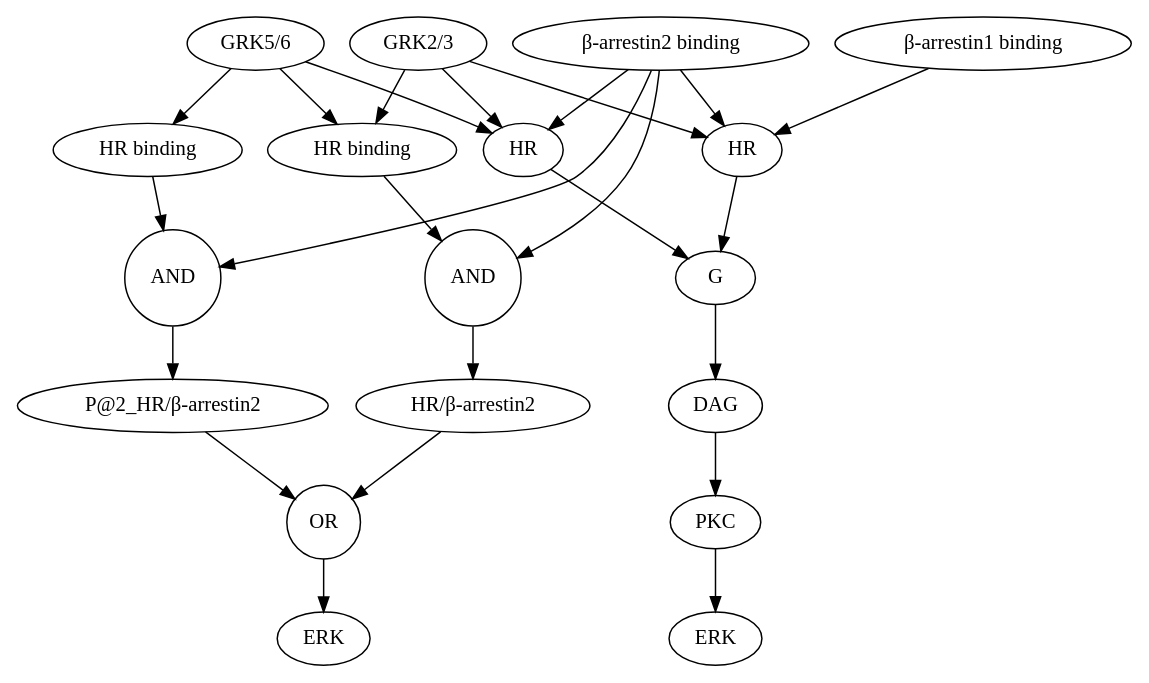
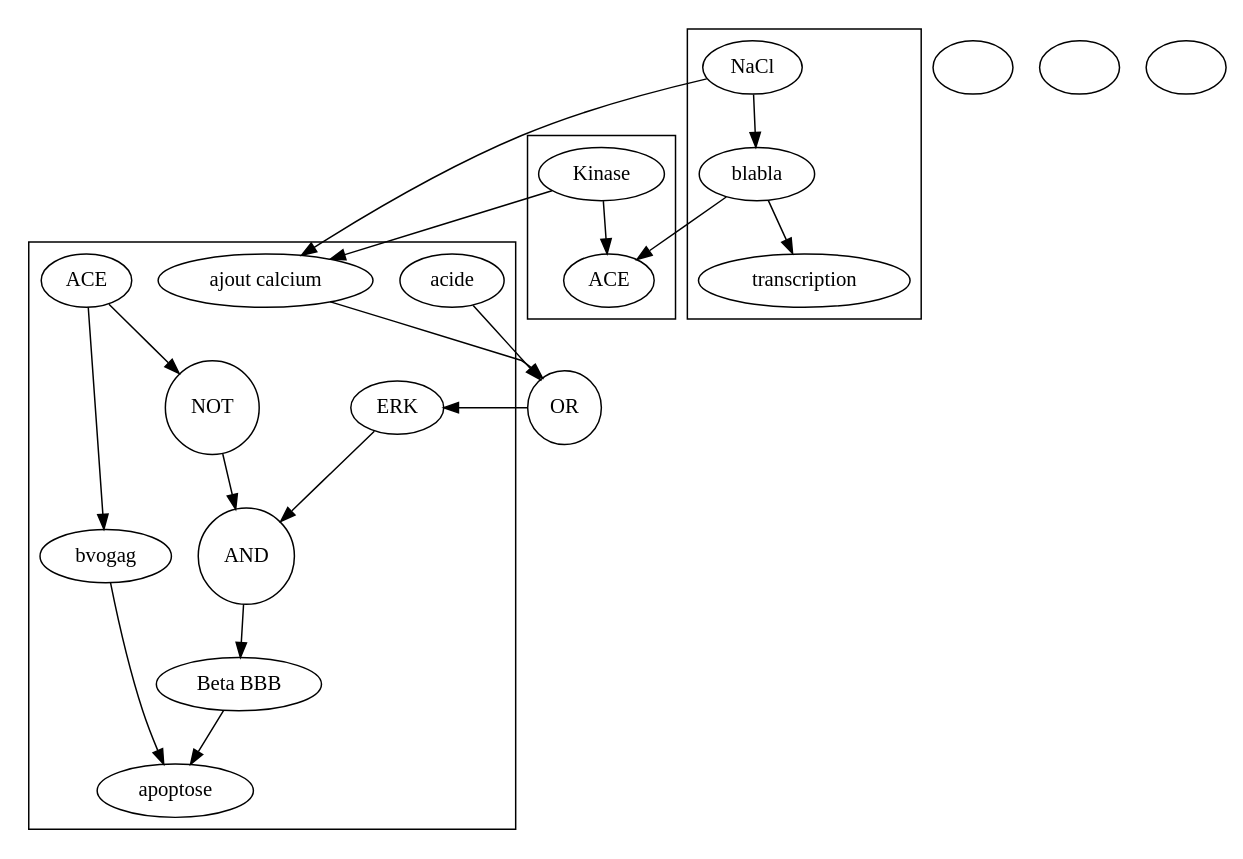
One commit to eleagreugny/LRI changed the diagram in position_graph.gv. Above: the diagram before and after it, drawn with Graphviz. The commit also changed 4 other files, not shown here.

```diff
--- a/position_graph.gv
+++ b/position_graph.gv
@@ -1,43 +1,42 @@
 digraph G {
-	glyph1 [label=ERK]
-	glyph2 [label=ERK]
-	glyph3 [label=HR]
-	glyph4 [label=G]
-	glyph5 [label=DAG]
-	glyph6 [label=PKC]
-	glyph7 [label=HR]
-	glyph8 [label="GRK2/3"]
-	glyph9 [label="GRK5/6"]
-	glyph10 [label="HR binding"]
-	glyph11 [label="β-arrestin2 binding"]
-	glyph12 [label="HR binding"]
-	glyph13 [label="β-arrestin1 binding"]
-	glyph14 [label="P@2_HR/β-arrestin2"]
-	glyph15 [label="HR/β-arrestin2"]
-	glyph16 [label=AND shape=circle]
-	glyph17 [label=AND shape=circle]
-	glyph18 [label=OR shape=circle]
-		glyph16 -> glyph14 [tailclip=true]
+	subgraph cluster_0 {
+		glyph13 [label=Kinase]
+		glyph14 [label=ACE]
+	}
+	subgraph cluster_1 {
+		glyph5 [label=ERK]
+		glyph6 [label=acide]
+		glyph9 [label="Beta BBB"]
+		glyph10 [label=apoptose]
+		glyph11 [label=ACE]
+		glyph12 [label=bvogag]
+		glyph18 [label="ajout calcium"]
+		glyph4 [label=NOT shape=circle]
+		glyph8 [label=AND shape=circle]
+	}
+	subgraph cluster_2 {
+		glyph15 [label=blabla]
+		glyph16 [label=transcription]
+		glyph17 [label=NaCl]
+	}
+	glyph1 [label=""]
+	glyph2 [label=""]
+	glyph3 [label=""]
+	glyph7 [label=OR shape=circle]
+		glyph7 -> glyph5 [tailclip=true]
+		glyph9 -> glyph10 [tailclip=true]
+		glyph11 -> glyph4 [tailclip=true]
+		glyph4 -> glyph8 [tailclip=true]
+		glyph5 -> glyph8 [tailclip=true]
+		glyph18 -> glyph7 [tailclip=true]
+		glyph6 -> glyph7 [tailclip=true]
+		glyph8 -> glyph9 [tailclip=true]
+		glyph12 -> glyph10 [tailclip=true]
+		glyph11 -> glyph12 [tailclip=true]
+		glyph13 -> glyph18 [tailclip=true]
+		glyph13 -> glyph14 [tailclip=true]
+		glyph15 -> glyph14 [tailclip=true]
 		glyph17 -> glyph15 [tailclip=true]
-		glyph11 -> glyph3 [tailclip=true]
-		glyph13 -> glyph7 [tailclip=true]
-		glyph11 -> glyph7 [tailclip=true]
-		glyph3 -> glyph4 [tailclip=true]
-		glyph4 -> glyph5 [tailclip=true]
-		glyph5 -> glyph6 [tailclip=true]
-		glyph6 -> glyph2 [tailclip=true]
-		glyph7 -> glyph4 [tailclip=true]
-		glyph8 -> glyph7 [tailclip=true]
-		glyph9 -> glyph10 [tailclip=true]
-		glyph18 -> glyph1 [tailclip=true]
-		glyph8 -> glyph3 [tailclip=true]
-		glyph8 -> glyph12 [tailclip=true]
-		glyph9 -> glyph3 [tailclip=true]
-		glyph9 -> glyph12 [tailclip=true]
-		glyph14 -> glyph18 [tailclip=true]
-		glyph15 -> glyph18 [tailclip=true]
-		glyph10 -> glyph16 [tailclip=true]
-		glyph11 -> glyph16 [tailclip=true]
-		glyph12 -> glyph17 [tailclip=true]
-		glyph11 -> glyph17 [tailclip=true]
+		glyph15 -> glyph16 [tailclip=true]
+		glyph17 -> glyph18 [tailclip=true]
 }
```
